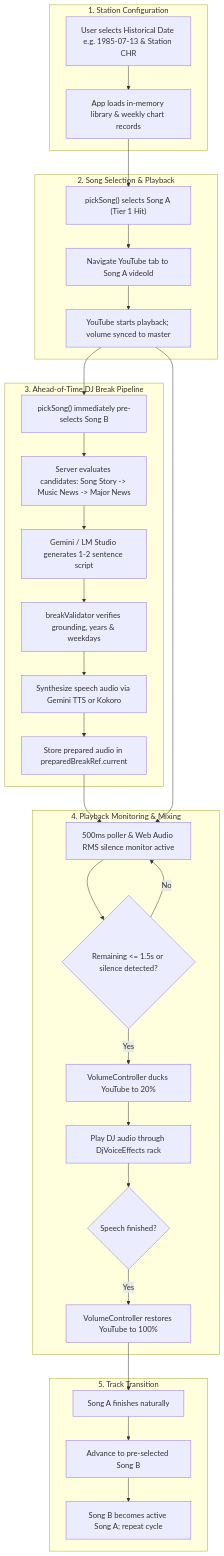
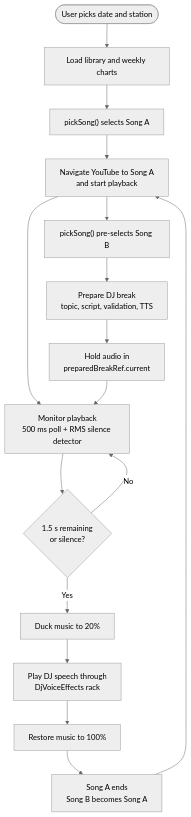
The tenth of 10 diagrams in docs/RETROFM_ARCHITECTURE.md (webpmp/RetroFM), drawn with Mermaid before and after one commit. The commit also changed other lines of this file, not shown here.

Commit message:
Update RetroFM Technical Architecture & Subsystem Specification

````diff
--- a/docs/RETROFM_ARCHITECTURE.md
+++ b/docs/RETROFM_ARCHITECTURE.md
@@ -534,59 +505,19 @@
 ```mermaid
-flowchart TD
-    subgraph StationInit["1. Station Configuration"]
-        UserConfig[User selects Historical Date e.g. 1985-07-13 & Station CHR]
-        LoadCatalog[App loads in-memory library & weekly chart records]
-    end
-
-    subgraph TrackSelection["2. Song Selection & Playback"]
-        PickCurrent["pickSong() selects Song A (Tier 1 Hit)"]
-        NavYT["Navigate YouTube tab to Song A videoId"]
-        PlaySong["YouTube starts playback; volume synced to master"]
-    end
-
-    subgraph AheadPrep["3. Ahead-of-Time DJ Break Pipeline"]
-        PickNext["pickSong() immediately pre-selects Song B"]
-        ReqSegment["Server evaluates candidates: Song Story -> Music News -> Major News"]
-        RunLLM["Gemini / LM Studio generates 1-2 sentence script"]
-        ValidateBreak["breakValidator verifies grounding, years & weekdays"]
-        GenTTS["Synthesize speech audio via Gemini TTS or Kokoro"]
-        HoldAudio["Store prepared audio in preparedBreakRef.current"]
-    end
-
-    subgraph PlaybackMonitoring["4. Playback Monitoring & Mixing"]
-        PollStatus["500ms poller & Web Audio RMS silence monitor active"]
-        CheckTime{"Remaining <= 1.5s or silence detected?"}
-        LeadDuck["VolumeController ducks YouTube to 20%"]
-        TriggerSpeech["Play DJ audio through DjVoiceEffects rack"]
-        SpeechEnd{"Speech finished?"}
-        RestoreVol["VolumeController restores YouTube to 100%"]
-    end
-
-    subgraph TrackTransition["5. Track Transition"]
-        SongFinished["Song A finishes naturally"]
-        AutoAdvance["Advance to pre-selected Song B"]
-        LoopBack["Song B becomes active Song A; repeat cycle"]
-    end
-
-    UserConfig --> LoadCatalog
-    LoadCatalog --> PickCurrent
-    PickCurrent --> NavYT
-    NavYT --> PlaySong
-    PlaySong --> PickNext
-    PickNext --> ReqSegment
-    ReqSegment --> RunLLM
-    RunLLM --> ValidateBreak
-    ValidateBreak --> GenTTS
-    GenTTS --> HoldAudio
-    HoldAudio --> PollStatus
-    PlaySong --> PollStatus
-    PollStatus --> CheckTime
-    CheckTime -- No --> PollStatus
-    CheckTime -- Yes --> LeadDuck
-    LeadDuck --> TriggerSpeech
-    TriggerSpeech --> SpeechEnd
-    SpeechEnd -- Yes --> RestoreVol
-    RestoreVol --> SongFinished
-    SongFinished --> AutoAdvance
-    AutoAdvance --> LoopBack
+%%{init: {"theme":"neutral"}}%%
+flowchart TB
+    A(["User picks date and station"]) --> B["Load library and weekly charts"]
+    B --> C["pickSong() selects Song A"]
+    C --> D["Navigate YouTube to Song A<br/>and start playback"]
+    D --> E["pickSong() pre-selects Song B"]
+    E --> F["Prepare DJ break<br/>topic, script, validation, TTS"]
+    F --> G["Hold audio in<br/>preparedBreakRef.current"]
+    D --> H["Monitor playback<br/>500 ms poll + RMS silence detector"]
+    G --> H
+    H --> I{"1.5 s remaining<br/>or silence?"}
+    I -->|"No"| H
+    I -->|"Yes"| J["Duck music to 20%"]
+    J --> K["Play DJ speech through<br/>DjVoiceEffects rack"]
+    K --> L["Restore music to 100%"]
+    L --> M["Song A ends<br/>Song B becomes Song A"]
+    M --> D
 ```
````
